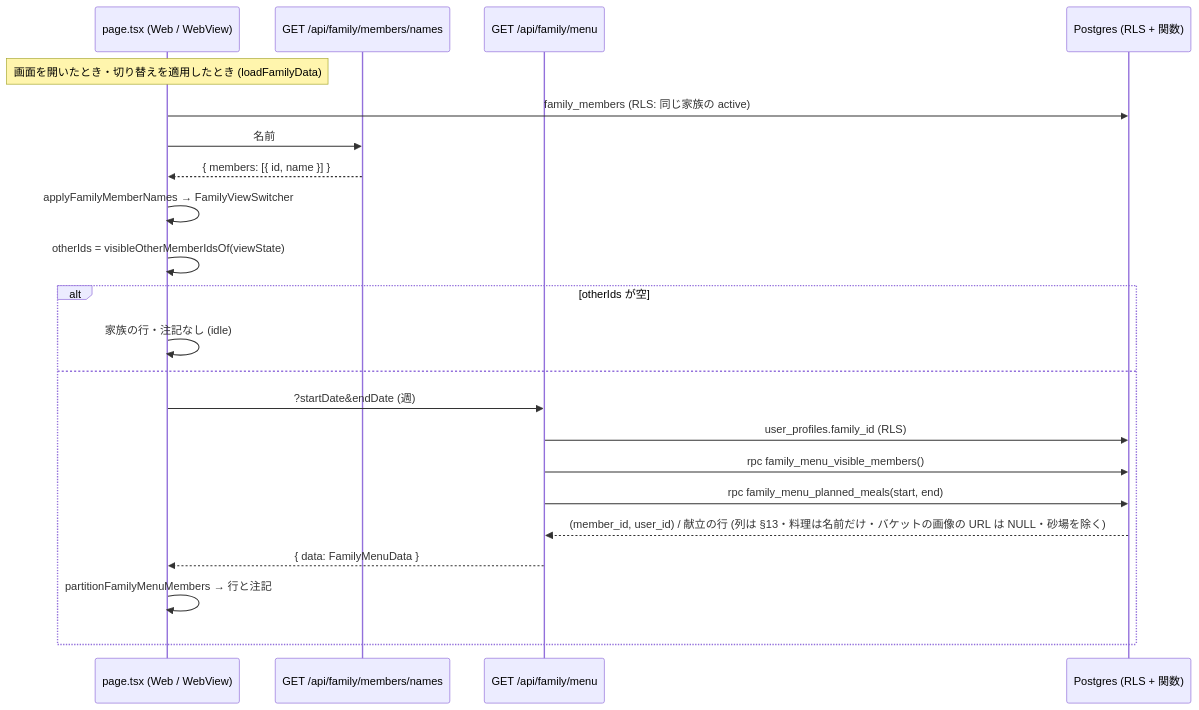
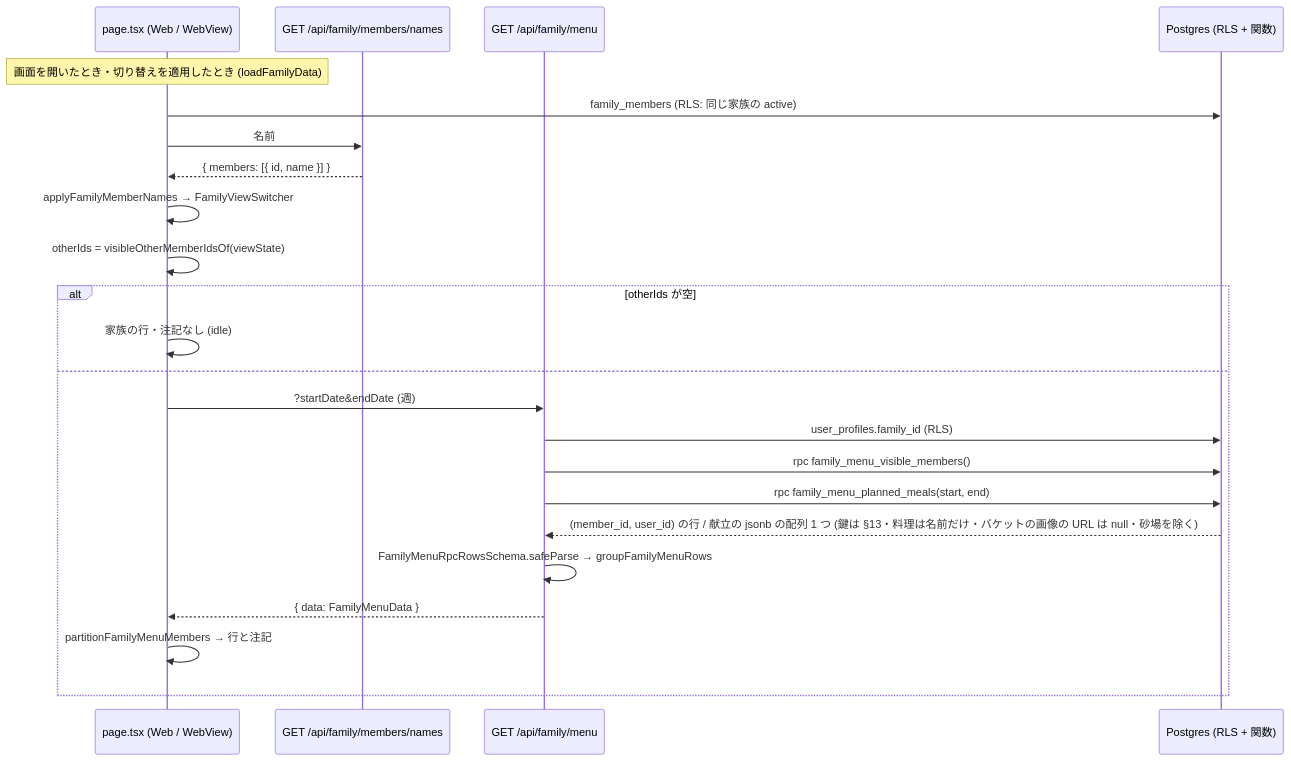
One commit to DaisukeHori/homegohan-app changed the diagram in docs/design/family/10-family-menu-view.md. Above: the diagram before and after it, drawn with Mermaid. The commit also changed other lines of this file, not shown here.

````diff
--- a/docs/design/family/10-family-menu-view.md
+++ b/docs/design/family/10-family-menu-view.md
@@ -1119,24 +1141,25 @@
 ```mermaid
 sequenceDiagram
   participant P as page.tsx (Web / WebView)
   participant N as GET /api/family/members/names
   participant M as GET /api/family/menu
   participant DB as Postgres (RLS + 関数)
   Note over P: 画面を開いたとき・切り替えを適用したとき (loadFamilyData)
   P->>DB: family_members (RLS: 同じ家族の active)
   P->>N: 名前
   N-->>P: { members: [{ id, name }] }
   P->>P: applyFamilyMemberNames → FamilyViewSwitcher
   P->>P: otherIds = visibleOtherMemberIdsOf(viewState)
   alt otherIds が空
     P->>P: 家族の行・注記なし (idle)
   else
     P->>M: ?startDate&endDate (週)
     M->>DB: user_profiles.family_id (RLS)
     M->>DB: rpc family_menu_visible_members()
     M->>DB: rpc family_menu_planned_meals(start, end)
-    DB-->>M: (member_id, user_id) / 献立の行 (列は §13・料理は名前だけ・バケットの画像の URL は NULL・砂場を除く)
+    DB-->>M: (member_id, user_id) の行 / 献立の jsonb の配列 1 つ (鍵は §13・料理は名前だけ・バケットの画像の URL は null・砂場を除く)
+    M->>M: FamilyMenuRpcRowsSchema.safeParse → groupFamilyMenuRows
     M-->>P: { data: FamilyMenuData }
     P->>P: partitionFamilyMenuMembers → 行と注記
   end
 ```
````
